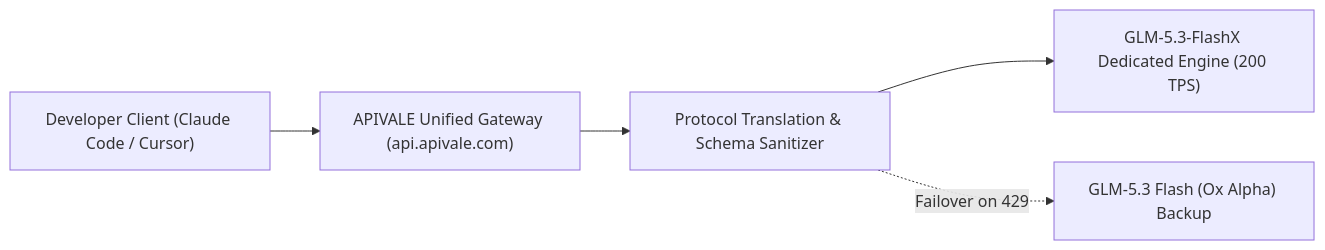
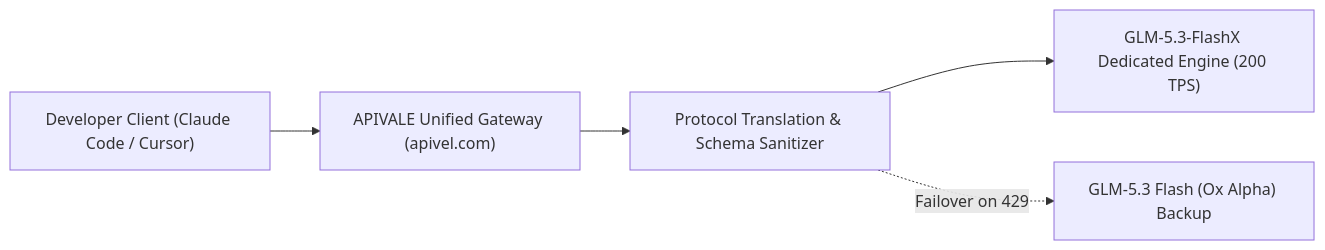
The diagram in src/content/blog/glm-5-3-flashx-extreme-speed-vision-api-guide.md (bshx2024/apivel_blog), drawn with Mermaid before and after one commit. The commit also changed other lines of this file and 77 other files, not shown here.

Commit message:
fix(docs): update all model API base URLs to https://apivel.com/v1

````diff
--- a/src/content/blog/glm-5-3-flashx-extreme-speed-vision-api-guide.md
+++ b/src/content/blog/glm-5-3-flashx-extreme-speed-vision-api-guide.md
@@ -234,7 +234,7 @@
 ```mermaid
 graph LR
-    A["Developer Client (Claude Code / Cursor)"] --> B["APIVALE Unified Gateway (api.apivale.com)"]
+    A["Developer Client (Claude Code / Cursor)"] --> B["APIVALE Unified Gateway (apivel.com)"]
     B --> C["Protocol Translation & Schema Sanitizer"]
     C --> D["GLM-5.3-FlashX Dedicated Engine (200 TPS)"]
     C -.->|"Failover on 429"| E["GLM-5.3 Flash (Ox Alpha) Backup"]
 ```
````
